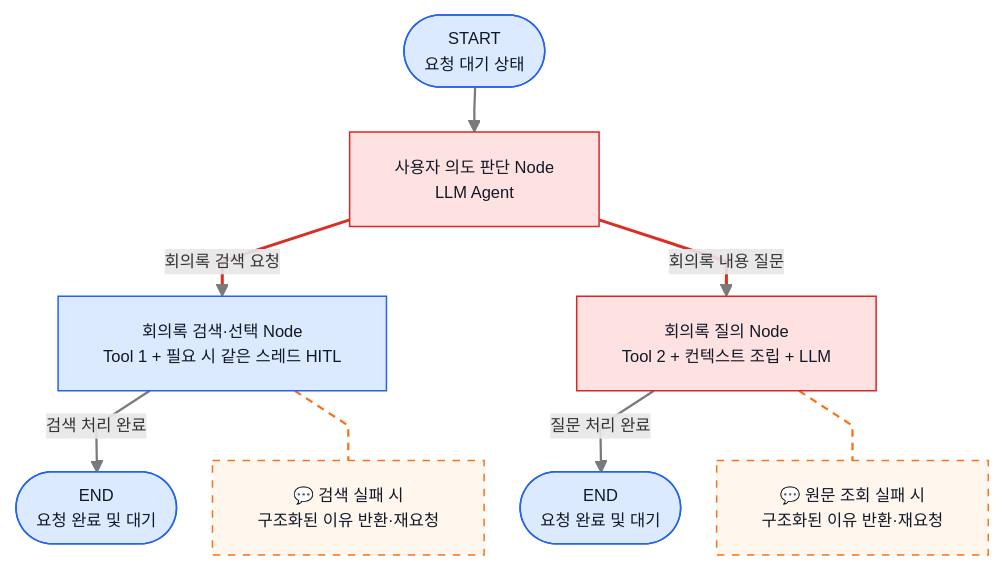
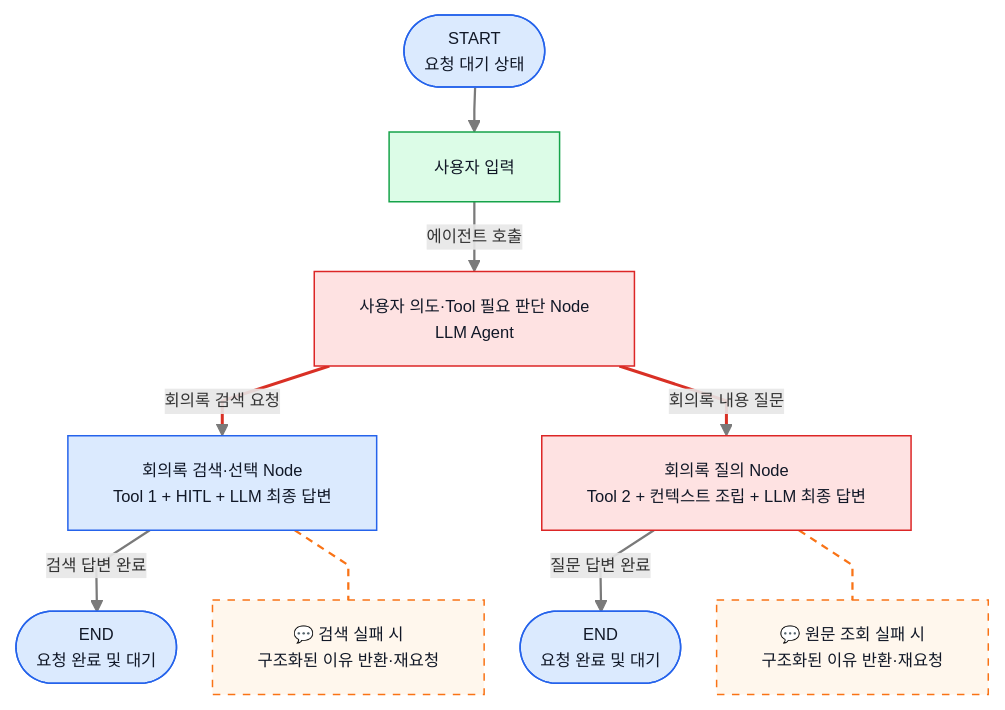
Before and after one commit to ericyum/Obsidian: the fifth of 8 diagrams in ZENAI/에이전트 설계/회의록 에이전트 설계/1-2. 회의록 에이전트 워크플로우 Graph 상세.md, drawn with Mermaid. The commit also changed other lines of this file and 4 other files, not shown here.

````diff
--- a/ZENAI/에이전트 설계/회의록 에이전트 설계/1-2. 회의록 에이전트 워크플로우 Graph 상세.md
+++ b/ZENAI/에이전트 설계/회의록 에이전트 설계/1-2. 회의록 에이전트 워크플로우 Graph 상세.md
@@ -314,20 +319,23 @@
 ```mermaid
 %%{init: {"flowchart": {"useMaxWidth": true, "nodeSpacing": 24, "rankSpacing": 30, "curve": "linear"}, "themeVariables": {"fontSize": "11px"}}}%%
 flowchart TB
-    S(["START<br/>요청 대기 상태"]) --> A["사용자 의도 판단 Node<br/>LLM Agent"]
-    A -->|"회의록 검색 요청"| R["회의록 검색·선택 Node<br/>Tool 1 + 필요 시 같은 스레드 HITL"]
-    A -->|"회의록 내용 질문"| Q["회의록 질의 Node<br/>Tool 2 + 컨텍스트 조립 + LLM"]
-    R -->|"검색 처리 완료"| E1(["END<br/>요청 완료 및 대기"])
-    Q -->|"질문 처리 완료"| E2(["END<br/>요청 완료 및 대기"])
+    S(["START<br/>요청 대기 상태"]) --> U["사용자 입력"]
+    U -->|"에이전트 호출"| A["사용자 의도·Tool 필요 판단 Node<br/>LLM Agent"]
+    A -->|"회의록 검색 요청"| R["회의록 검색·선택 Node<br/>Tool 1 + HITL + LLM 최종 답변"]
+    A -->|"회의록 내용 질문"| Q["회의록 질의 Node<br/>Tool 2 + 컨텍스트 조립 + LLM 최종 답변"]
+    R -->|"검색 답변 완료"| E1(["END<br/>요청 완료 및 대기"])
+    Q -->|"질문 답변 완료"| E2(["END<br/>요청 완료 및 대기"])
     R -.- RR["💬 검색 실패 시<br/>구조화된 이유 반환·재요청"]
     Q -.- RQ["💬 원문 조회 실패 시<br/>구조화된 이유 반환·재요청"]
     classDef internal fill:#dbeafe,stroke:#2563eb,color:#111827;
+    classDef user fill:#dcfce7,stroke:#16a34a,color:#111827;
     classDef llm fill:#fee2e2,stroke:#dc2626,color:#111827;
     classDef note fill:#fff7ed,stroke:#f97316,color:#111827,stroke-dasharray:5 5;
     class A,Q llm;
+    class U user;
     class R,S,E1,E2 internal;
     class RR,RQ note;
     linkStyle default stroke:#7a7a7a,stroke-width:1.5px;
-    linkStyle 1,2 stroke:#d93025,stroke-width:2px;
-    linkStyle 5,6 stroke:#f97316,stroke-width:1.5px,stroke-dasharray:5 4;
+    linkStyle 2,3 stroke:#d93025,stroke-width:2px;
+    linkStyle 6,7 stroke:#f97316,stroke-width:1.5px,stroke-dasharray:5 4;
 ```
````
